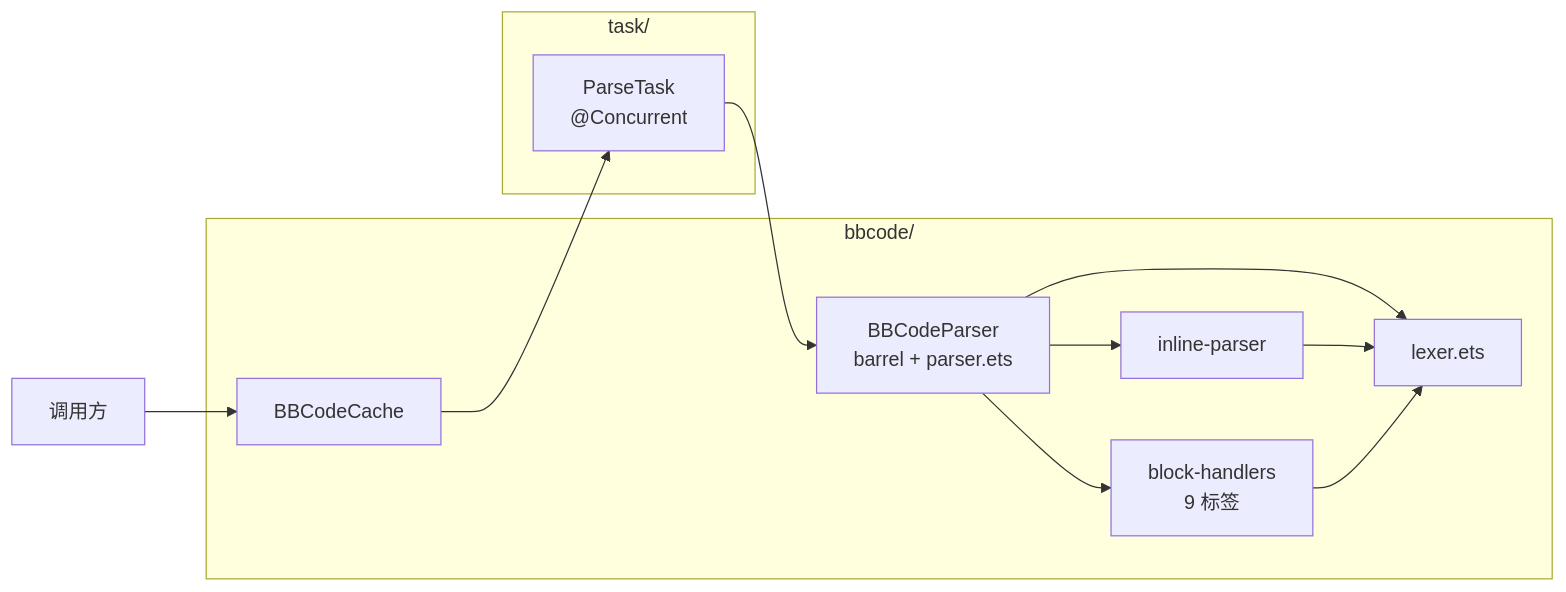
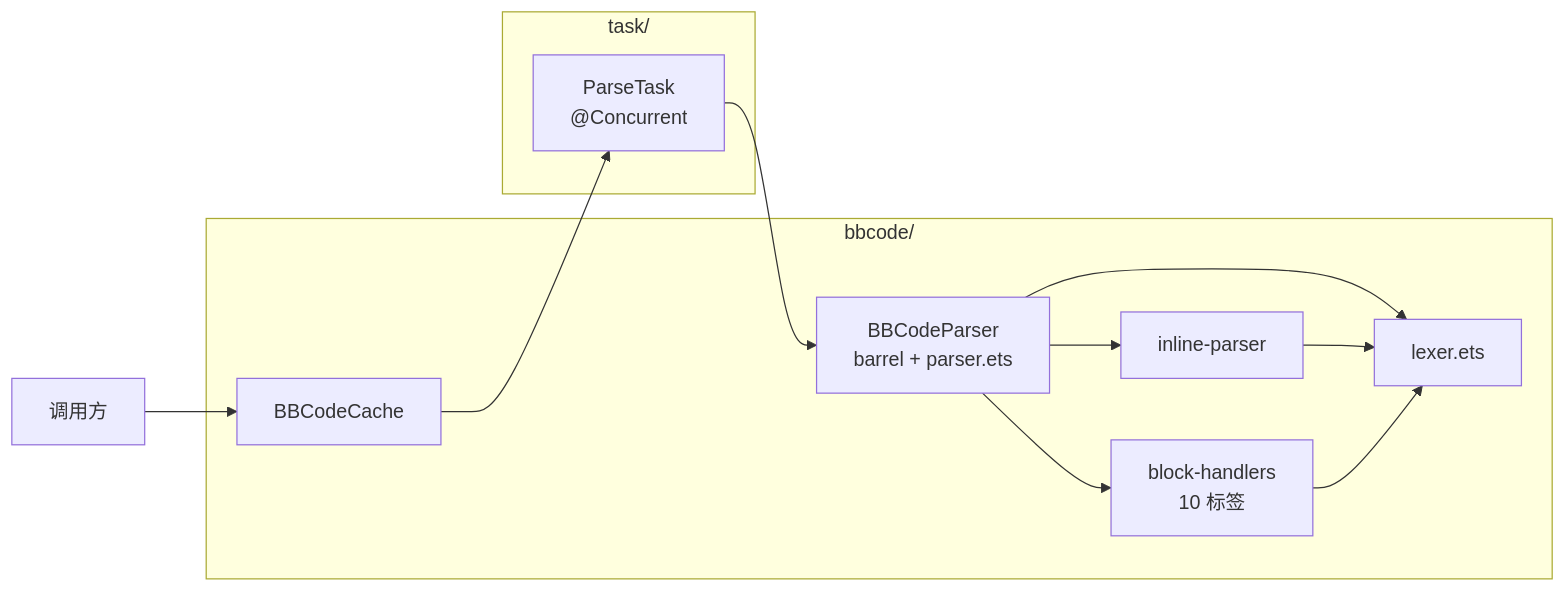
Before and after one commit to wgzysq-rgb/nga_harmony: the fourth of 4 diagrams in .wiki/解析器模块/数据解析器.md, drawn with Mermaid. The commit also changed other lines of this file and 8 other files, not shown here.

````diff
--- a/.wiki/解析器模块/数据解析器.md
+++ b/.wiki/解析器模块/数据解析器.md
@@ -191,24 +191,24 @@
 ```mermaid
 graph LR
     subgraph "bbcode/"
         BP["BBCodeParser<br/>barrel + parser.ets"]
         LEX["lexer.ets"]
         INLINE["inline-parser"]
-        BH["block-handlers<br/>9 标签"]
+        BH["block-handlers<br/>10 标签"]
         CACHE["BBCodeCache"]
     end
 
     subgraph "task/"
         BBTASK["ParseTask<br/>@Concurrent"]
     end
 
     APP["调用方"]
     APP --> CACHE
     CACHE --> BBTASK
     BBTASK --> BP
     BP --> LEX
     BP --> INLINE
     BP --> BH
     INLINE --> LEX
     BH --> LEX
 ```
````
